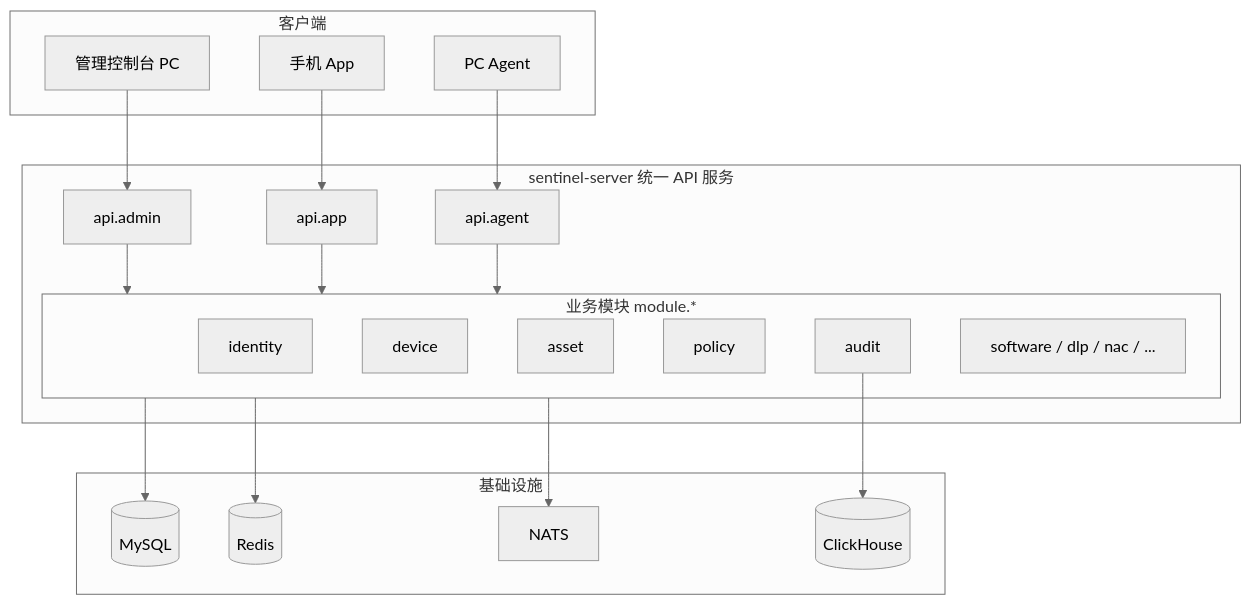
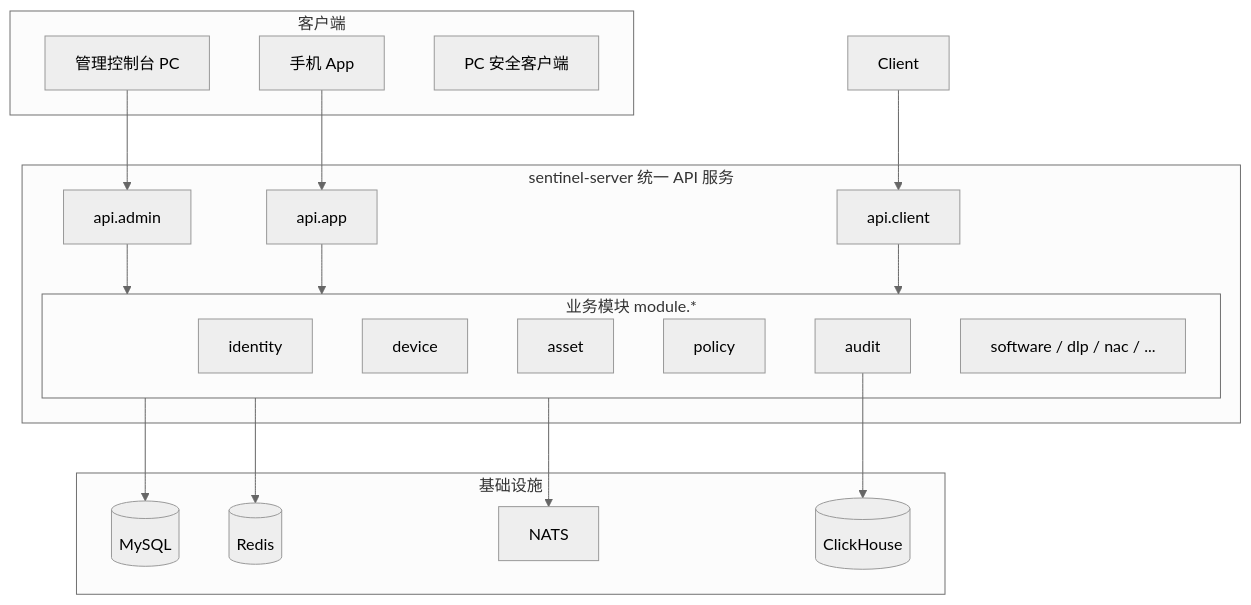
One commit to jone-code/SentinelHub changed the diagram in docs/architecture/03-system-architecture.md. Above: the diagram before and after it, drawn with Mermaid (neutral theme). The commit also changed other lines of this file and 55 other files, not shown here.

First line of the commit message:
refactor: PC agent becomes desktop client with UI pages

````diff
--- a/docs/architecture/03-system-architecture.md
+++ b/docs/architecture/03-system-architecture.md
@@ -71,43 +71,43 @@
 ```mermaid
 flowchart TB
     subgraph clients [客户端]
         Console[管理控制台 PC]
         MobileApp[手机 App]
-        Agent[PC Agent]
+        Agent[PC 安全客户端]
     end
 
     subgraph server [sentinel-server 统一 API 服务]
         AdminAPI[api.admin]
         AppAPI[api.app]
-        AgentAPI[api.agent]
+        ClientAPI[api.client]
 
         subgraph modules [业务模块 module.*]
             Identity[identity]
             Device[device]
             Asset[asset]
             Policy[policy]
             Audit[audit]
             Others[software / dlp / nac / ...]
         end
     end
 
     subgraph infra [基础设施]
         MySQL[(MySQL)]
         Redis[(Redis)]
         CH[(ClickHouse)]
         NATS[NATS]
     end
 
     Console --> AdminAPI
     MobileApp --> AppAPI
-    Agent --> AgentAPI
+    Client --> ClientAPI
 
     AdminAPI --> modules
     AppAPI --> modules
-    AgentAPI --> modules
+    ClientAPI --> modules
 
     modules --> MySQL
     modules --> Redis
     Audit --> CH
     modules --> NATS
 ```
````
